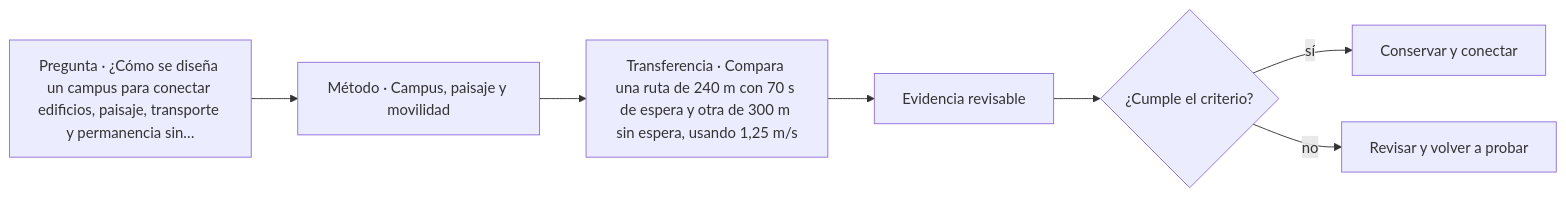
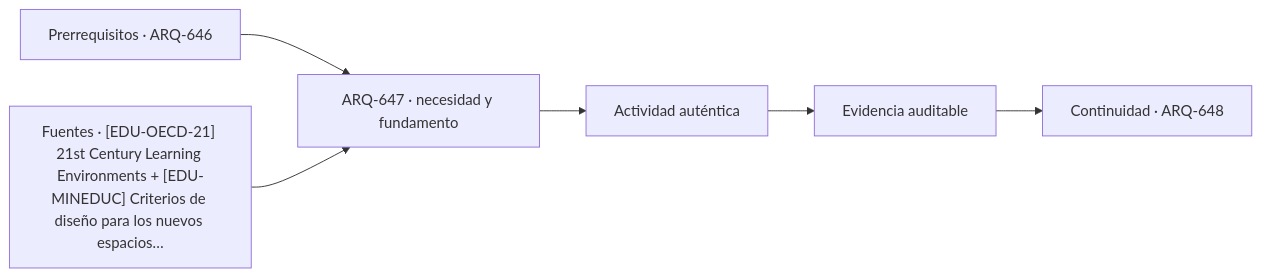
One commit to vladimiracunadev-create/architecture-built-environment-learning-program changed the diagram in classes/parte-65/ARQ-647.md. Above: the diagram before and after it, drawn with Mermaid. The commit also changed other lines of this file and 761 other files, not shown here.

````diff
--- a/classes/parte-65/ARQ-647.md
+++ b/classes/parte-65/ARQ-647.md
@@ -66,9 +78,8 @@
 ```mermaid
 flowchart LR
-    Q["Pregunta · ¿Cómo se diseña un campus para conectar edificios, paisaje, transporte y permanencia sin…"] --> M["Método · Campus, paisaje y movilidad"]
-    M --> P["Transferencia · Compara una ruta de 240 m con 70 s de espera y otra de 300 m sin espera, usando 1,25 m/s"]
-    P --> E["Evidencia revisable"]
-    E --> C{"¿Cumple el criterio?"}
-    C -->|sí| T["Conservar y conectar"]
-    C -->|no| R["Revisar y volver a probar"]
+    A["Prerrequisitos · ARQ-646"] --> B["ARQ-647 · necesidad y fundamento"]
+    S["Fuentes · [EDU-OECD-21] 21st Century Learning Environments + [EDU-MINEDUC] Criterios de diseño para los nuevos espacios…"] --> B
+    B --> C["Actividad auténtica"]
+    C --> D["Evidencia auditable"]
+    D --> E["Continuidad · ARQ-648"]
 ```
````
